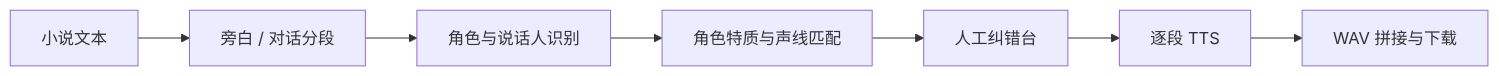
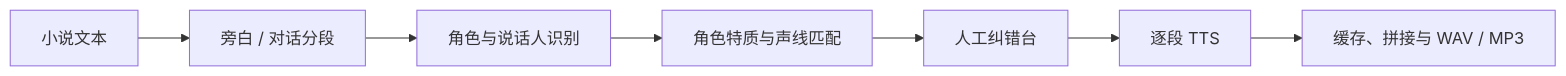
Before and after one commit to mungbean138516-jpg/multi-character-_text_to_speech: the diagram in README.md, drawn with Mermaid. The commit also changed other lines of this file and 31 other files, not shown here.

````diff
--- a/README.md
+++ b/README.md
@@ -9,9 +9,9 @@
 ```mermaid
 flowchart LR
     A["小说文本"] --> B["旁白 / 对话分段"]
     B --> C["角色与说话人识别"]
     C --> D["角色特质与声线匹配"]
     D --> E["人工纠错台"]
     E --> F["逐段 TTS"]
-    F --> G["WAV 拼接与下载"]
+    F --> G["缓存、拼接与 WAV / MP3"]
 ```
````
